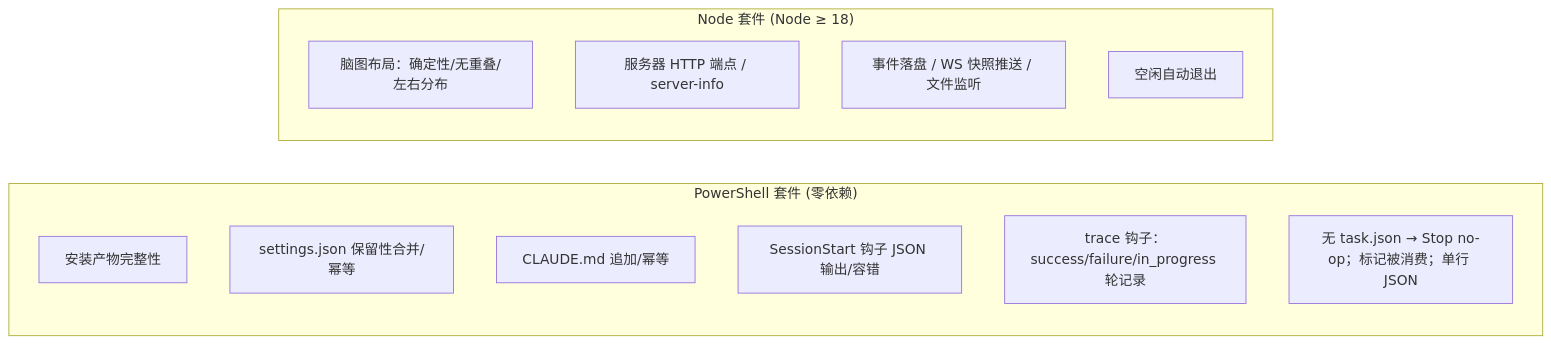
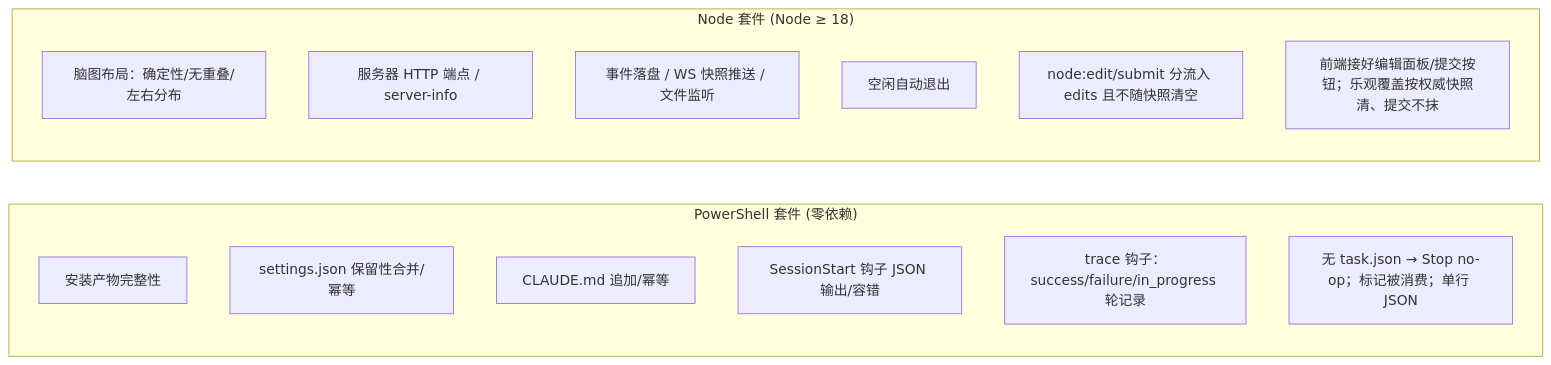
Before and after one commit to YachuanWzh/harness: diagram 11 of 12 in 技术方案文档.md, drawn with Mermaid. The commit also changed other lines of this file, not shown here.

````diff
--- a/技术方案文档.md
+++ b/技术方案文档.md
@@ -373,17 +423,19 @@
 ```mermaid
 flowchart LR
     subgraph PS["PowerShell 套件 (零依赖)"]
         T1["安装产物完整性"]
         T2["settings.json 保留性合并/幂等"]
         T3["CLAUDE.md 追加/幂等"]
         T4["SessionStart 钩子 JSON 输出/容错"]
         T5["trace 钩子：success/failure/in_progress 轮记录"]
         T6["无 task.json → Stop no-op；标记被消费；单行 JSON"]
     end
     subgraph NODE["Node 套件 (Node ≥ 18)"]
         N1["脑图布局：确定性/无重叠/左右分布"]
         N2["服务器 HTTP 端点 / server-info"]
         N3["事件落盘 / WS 快照推送 / 文件监听"]
         N4["空闲自动退出"]
+        N5["node:edit/submit 分流入 edits 且不随快照清空"]
+        N6["前端接好编辑面板/提交按钮；乐观覆盖按权威快照清、提交不抹"]
     end
 ```
````
